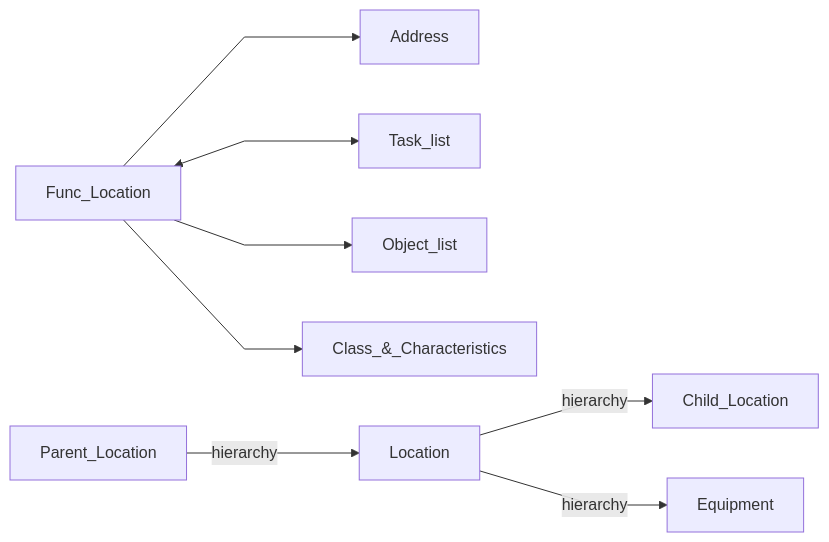
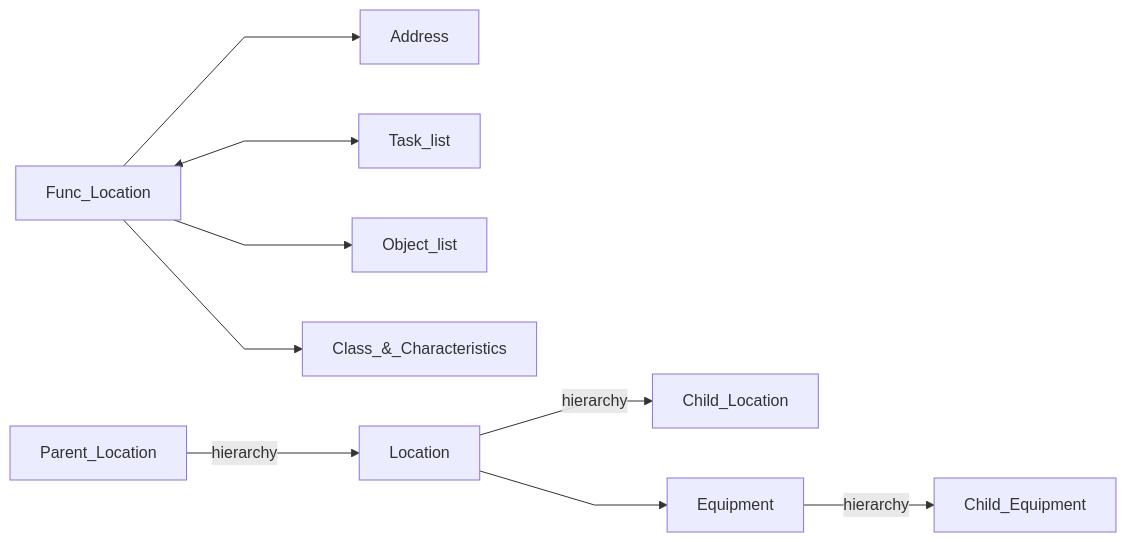
Before and after one commit to qurm/sap-diagrams: the first of 3 diagrams in ERP/PM/pm_func_loc.md, drawn with Mermaid. The commit also changed other lines of this file and 6 other files, not shown here.

````diff
--- a/ERP/PM/pm_func_loc.md
+++ b/ERP/PM/pm_func_loc.md
@@ -6,12 +7,12 @@
 ```mermaid
 %%{ init: { 'flowchart': { 'curve': 'linear' } } }%%
 flowchart LR
     Func_Location --> Address
     Func_Location <--> Task_list
     Func_Location --> Object_list
     Func_Location --> Class_&_Characteristics
     
     Parent_Location --hierarchy--> Location --hierarchy--> Child_Location
-    Location --hierarchy--> Equipment
+    Location --> Equipment --hierarchy--> Child_Equipment
     
 ```
````
